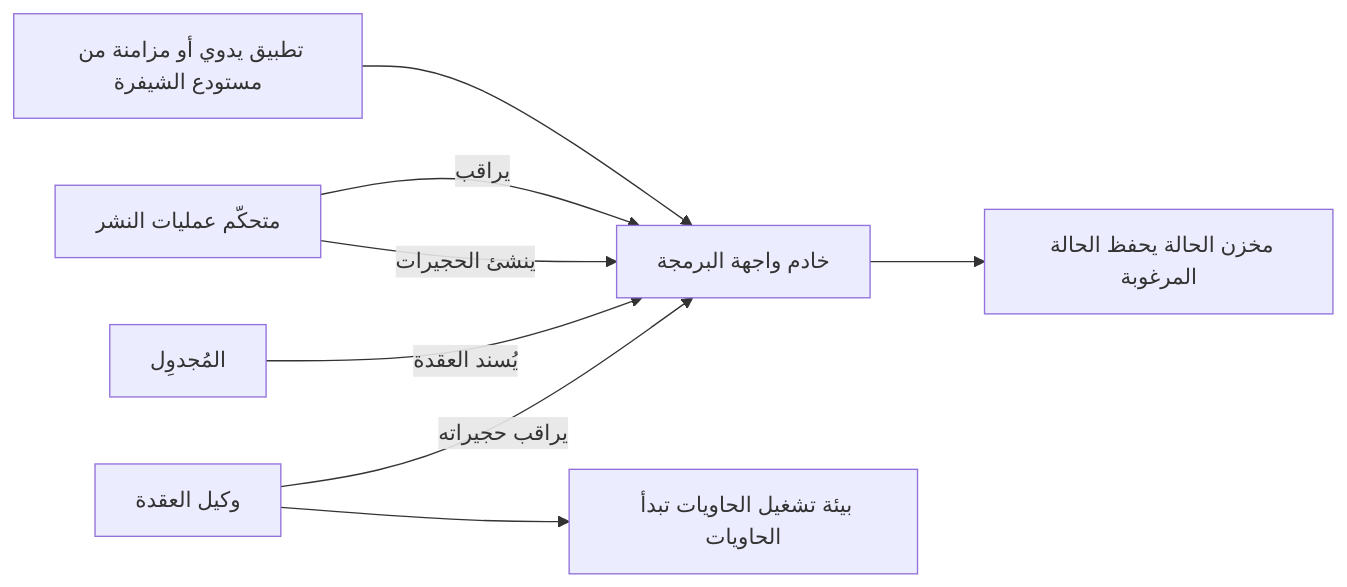
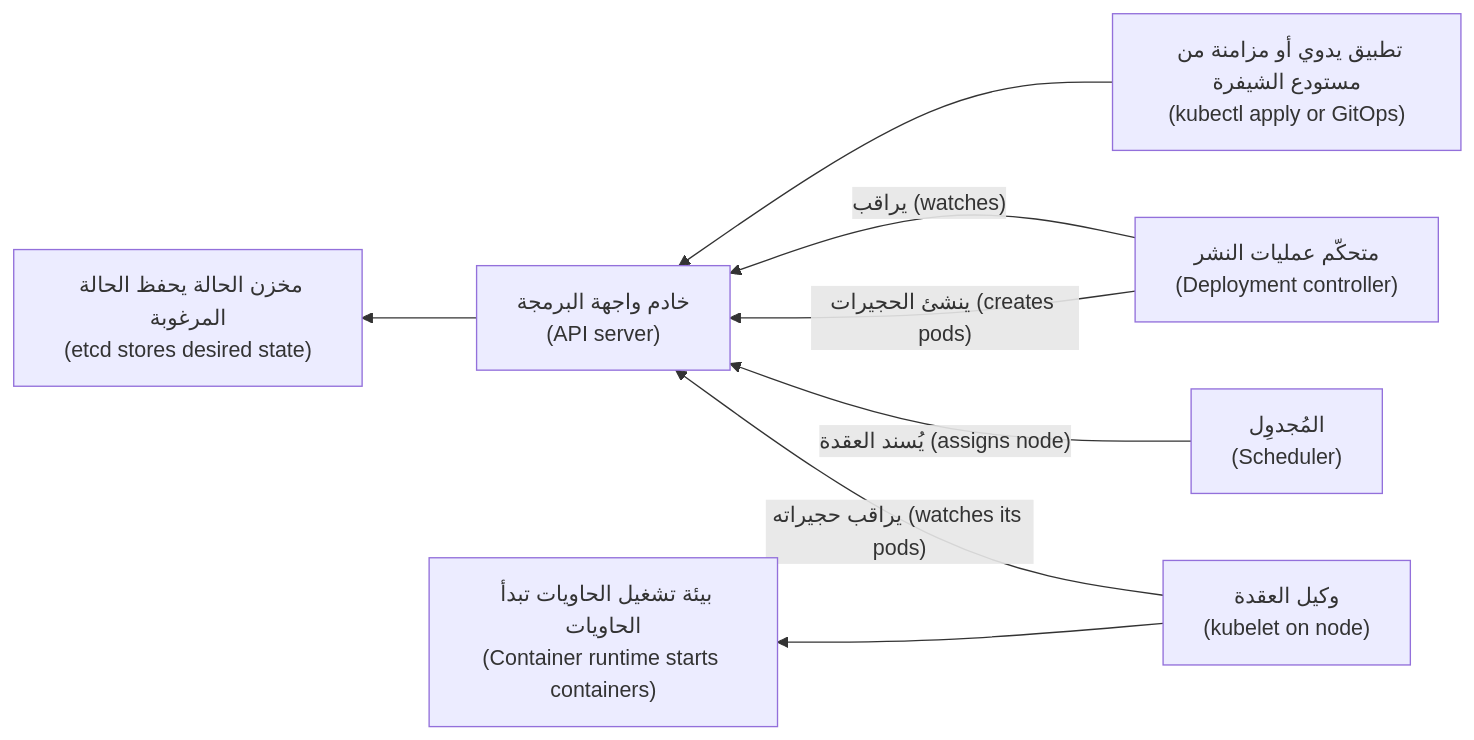
Before and after one commit to Tamoura/system-design-for-vibe-coders: the second of 3 diagrams in cloud/modules/02-containers.ar.md, drawn with Mermaid. The commit also changed other lines of this file and 20 other files, not shown here.

First line of the commit message:
New courses: Arabic diagrams read right-to-left with English labels (modules 0–6)

````diff
--- a/cloud/modules/02-containers.ar.md
+++ b/cloud/modules/02-containers.ar.md
@@ -338,10 +338,10 @@
 ```mermaid
-flowchart LR
-    U["تطبيق يدوي أو مزامنة من مستودع الشيفرة"] --> A["خادم واجهة البرمجة"]
-    A --> E["مخزن الحالة يحفظ الحالة المرغوبة"]
-    C["متحكّم عمليات النشر"] -->|"يراقب"| A
-    C -->|"ينشئ الحجيرات"| A
-    S["المُجدوِل"] -->|"يُسند العقدة"| A
-    K["وكيل العقدة"] -->|"يراقب حجيراته"| A
-    K --> R["بيئة تشغيل الحاويات تبدأ الحاويات"]
+flowchart RL
+    U["تطبيق يدوي أو مزامنة من مستودع الشيفرة<br/>(kubectl apply or GitOps)"] --> A["خادم واجهة البرمجة<br/>(API server)"]
+    A --> E["مخزن الحالة يحفظ الحالة المرغوبة<br/>(etcd stores desired state)"]
+    C["متحكّم عمليات النشر<br/>(Deployment controller)"] -->|"يراقب (watches)"| A
+    C -->|"ينشئ الحجيرات (creates pods)"| A
+    S["المُجدوِل<br/>(Scheduler)"] -->|"يُسند العقدة (assigns node)"| A
+    K["وكيل العقدة<br/>(kubelet on node)"] -->|"يراقب حجيراته (watches its pods)"| A
+    K --> R["بيئة تشغيل الحاويات تبدأ الحاويات<br/>(Container runtime starts containers)"]
 ```
````
